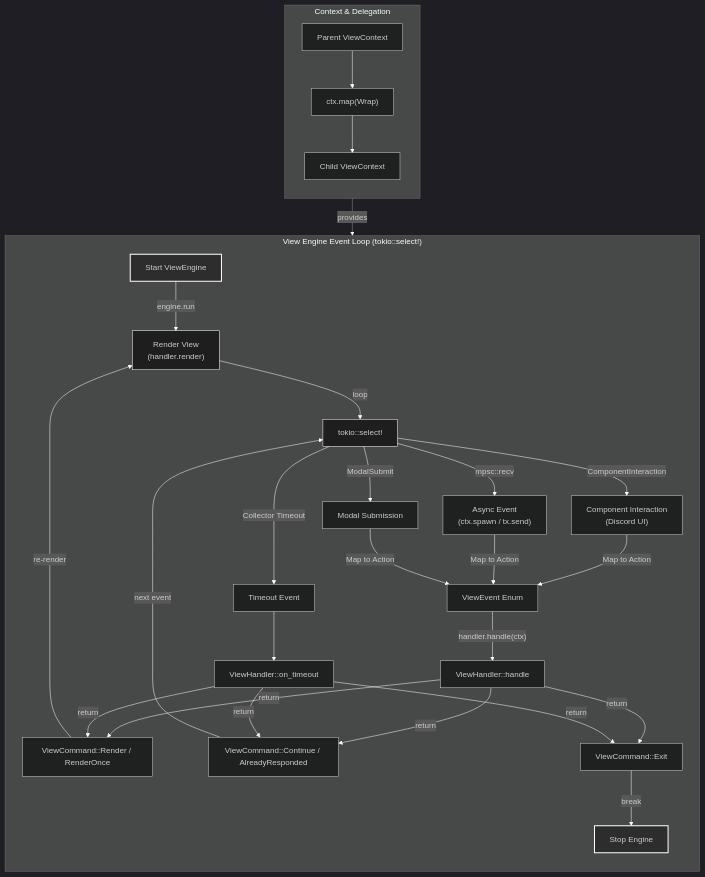
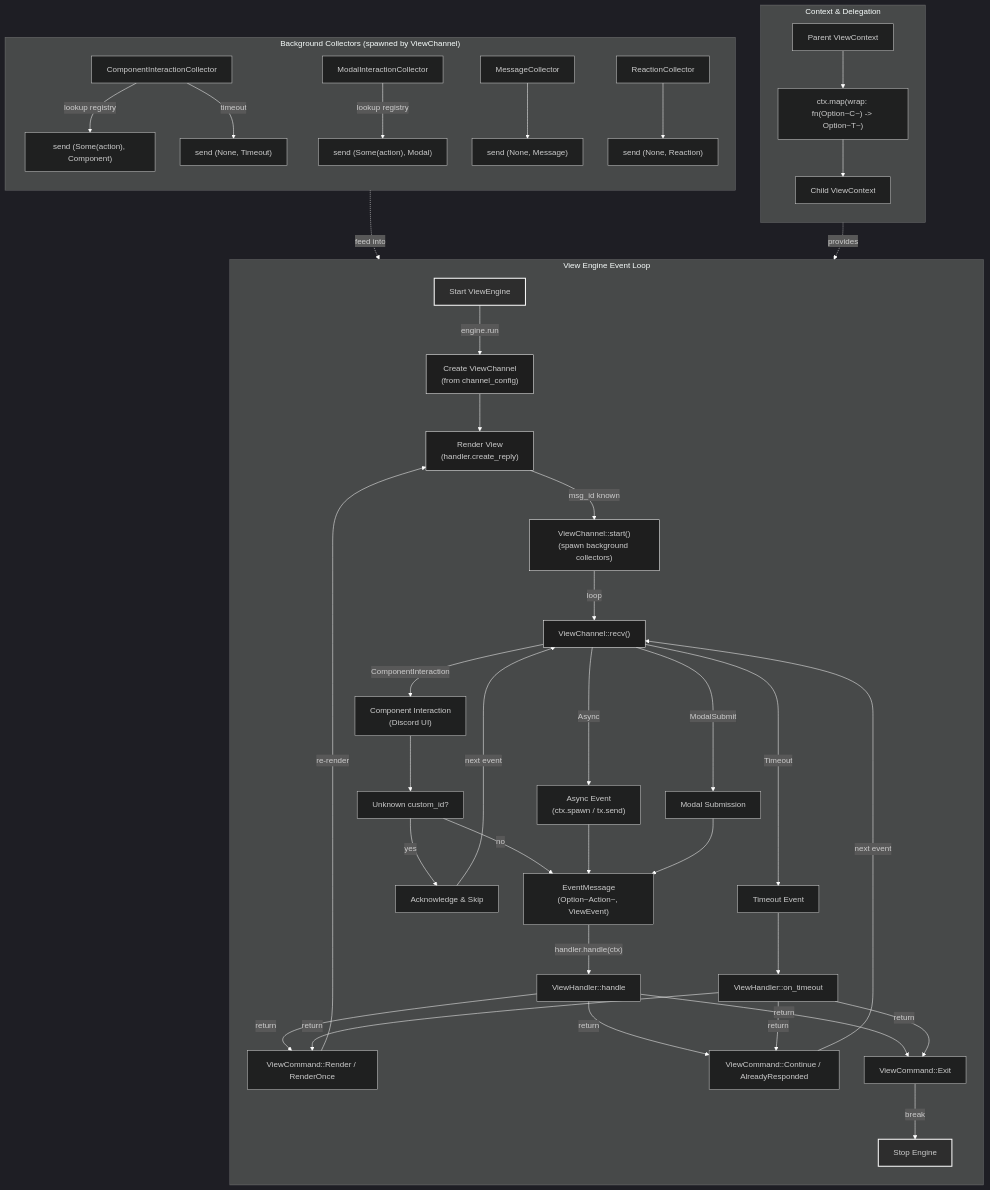
The diagram in docs/diagrams/architecture-view-lifecycle.mmd (FAZuH/pwr-bot), drawn with Mermaid before and after one commit. The commit also changed 3 other files, not shown here.

```diff
--- a/docs/diagrams/architecture-view-lifecycle.mmd
+++ b/docs/diagrams/architecture-view-lifecycle.mmd
@@ -1,72 +1,103 @@
 %%{init: {
   'theme': 'dark',
   'themeVariables': {
     'primaryColor': '#1e1e1e',
     'primaryTextColor': '#ffffff',
     'primaryBorderColor': '#ffffff',
     'lineColor': '#ffffff',
     'secondaryColor': '#2d2d2d',
     'tertiaryColor': '#1e1e1e',
     'noteBkgColor': '#2d2d2d',
     'noteTextColor': '#ffffff',
     'noteBorderColor': '#ffffff'
   }
 }}%%
 graph TB
-    subgraph ViewEngineLoop["View Engine Event Loop (tokio::select!)"]
+    subgraph ViewEngineLoop["View Engine Event Loop"]
         direction TB
         
         Start["Start ViewEngine"]
-        Render["Render View<br/>(handler.render)"]
-        Select["tokio::select!"]
+        CreateChannel["Create ViewChannel<br/>(from channel_config)"]
+        Render["Render View<br/>(handler.create_reply)"]
+        StartCollectors["ViewChannel::start()<br/>(spawn background collectors)"]
+        Recv["ViewChannel::recv()"]
         
         Component["Component Interaction<br/>(Discord UI)"]
         Async["Async Event<br/>(ctx.spawn / tx.send)"]
         Modal["Modal Submission"]
         Timeout["Timeout Event"]
         
-        ActionEvent["ViewEvent Enum"]
+        Unknown["Unknown custom_id?"]
+        Skip["Acknowledge & Skip"]
+        
+        EventMsg["EventMessage<br/>(Option~Action~, ViewEvent)"]
         Handle["ViewHandler::handle"]
         HandleTimeout["ViewHandler::on_timeout"]
         
         CmdRender["ViewCommand::Render / RenderOnce"]
         CmdContinue["ViewCommand::Continue / AlreadyResponded"]
         CmdExit["ViewCommand::Exit"]
         
-        CmdRender -->|re-render| Render
-        Start -->|engine.run| Render
-        Render -->|loop| Select
+        Start -->|engine.run| CreateChannel
+        CreateChannel --> Render
+        Render -->|msg_id known| StartCollectors
+        StartCollectors -->|loop| Recv
         
-        Select -->|ComponentInteraction| Component
-        Select -->|mpsc::recv| Async
-        Select -->|ModalSubmit| Modal
-        Select -->|Collector Timeout| Timeout
+        Recv -->|ComponentInteraction| Component
+        Recv -->|Async| Async
+        Recv -->|ModalSubmit| Modal
+        Recv -->|Timeout| Timeout
         
-        Component & Async & Modal -->|Map to Action| ActionEvent
-        ActionEvent -->|"handler.handle(ctx)"| Handle
+        Component --> Unknown
+        Unknown -->|yes| Skip
+        Unknown -->|no| EventMsg
+        Async & Modal --> EventMsg
         Timeout --> HandleTimeout
+        
+        EventMsg -->|"handler.handle(ctx)"| Handle
         
         Handle & HandleTimeout -->|return| CmdRender
         Handle & HandleTimeout -->|return| CmdContinue
         Handle & HandleTimeout -->|return| CmdExit
         
-        CmdContinue -->|next event| Select
+        Skip -->|next event| Recv
+        CmdContinue -->|next event| Recv
+        CmdRender -->|re-render| Render
         CmdExit -->|break| Stop[Stop Engine]
     end
+    
+    subgraph Collectors["Background Collectors (spawned by ViewChannel)"]
+        direction TB
+        CompCollector["ComponentInteractionCollector"]
+        ModalCollector["ModalInteractionCollector"]
+        MsgCollector["MessageCollector"]
+        ReactCollector["ReactionCollector"]
+        
+        CompCollector -->|lookup registry| CompSend["send (Some(action), Component)"]
+        ModalCollector -->|lookup registry| ModalSend["send (Some(action), Modal)"]
+        MsgCollector --> MsgSend["send (None, Message)"]
+        ReactCollector --> ReactSend["send (None, Reaction)"]
+        
+        CompCollector -->|timeout| TimeoutSend["send (None, Timeout)"]
+    end
+    
+    Collectors -.->|feed into| Recv
     
     subgraph Mapping["Context & Delegation"]
         direction TB
         ParentCtx["Parent ViewContext"]
-        Map["ctx.map(Wrap)"]
+        Map["ctx.map(wrap: fn(Option~C~) -> Option~T~)"]
         ChildCtx["Child ViewContext"]
         
         ParentCtx --> Map
         Map --> ChildCtx
     end
     
     Mapping -.->|provides| Handle
     
     style Start fill:#2d2d2d,stroke:#ffffff,stroke-width:2px
     style Stop fill:#2d2d2d,stroke:#ffffff,stroke-width:2px
     style Render fill:#1e1e1e,stroke:#ffffff
-    style Select fill:#1e1e1e,stroke:#ffffff
+    style Recv fill:#1e1e1e,stroke:#ffffff
+    style CreateChannel fill:#1e1e1e,stroke:#ffffff
+    style StartCollectors fill:#1e1e1e,stroke:#ffffff
```
